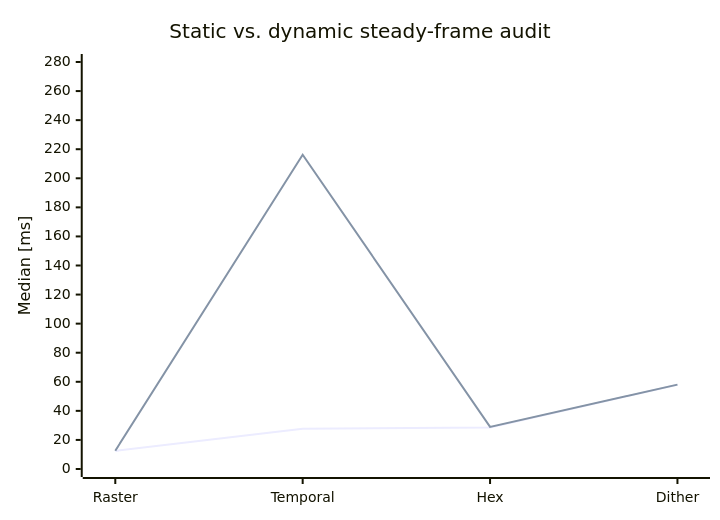
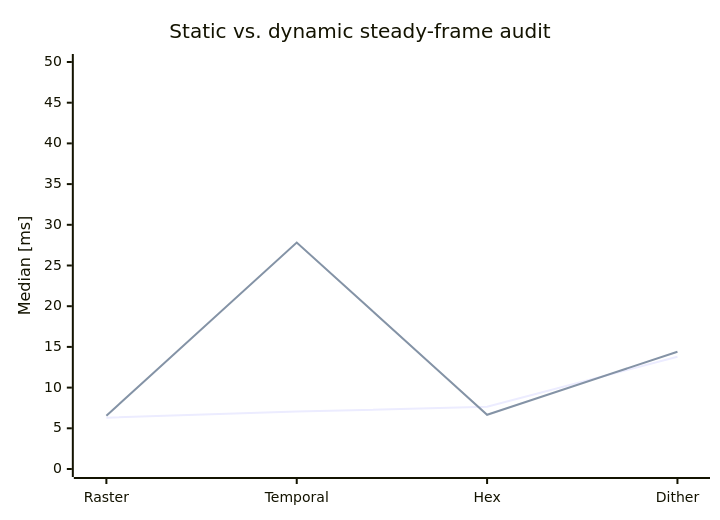
One commit to Esperosa/3D-Renderer-Josefina---PGR2 changed the fourth of 13 diagrams in README.md. Above: the diagram before and after it, drawn with Mermaid. The commit also changed other lines of this file and 17 other files, not shown here.

````diff
--- a/README.md
+++ b/README.md
@@ -326,8 +332,8 @@
 ```mermaid
 xychart-beta
   title "Static vs. dynamic steady-frame audit"
   x-axis ["Raster", "Temporal", "Hex", "Dither"]
-  y-axis "Median [ms]" 0 --> 280
-  line "Static steady" [12.43, 27.65, 28.51, 57.99]
-  line "Dynamic steady" [12.57, 216.17, 28.99, 58.05]
+  y-axis "Median [ms]" 0 --> 50
+  line "Static steady" [6.31, 7.05, 7.65, 13.79]
+  line "Dynamic steady" [6.54, 27.82, 6.66, 14.41]
 ```
````
